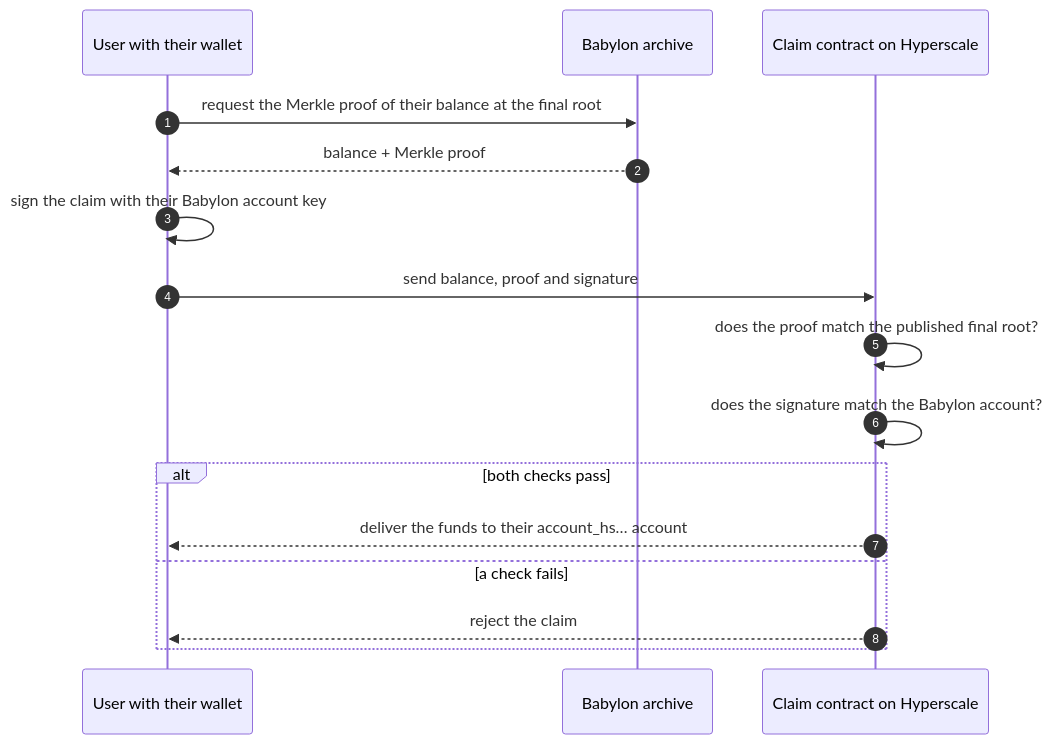
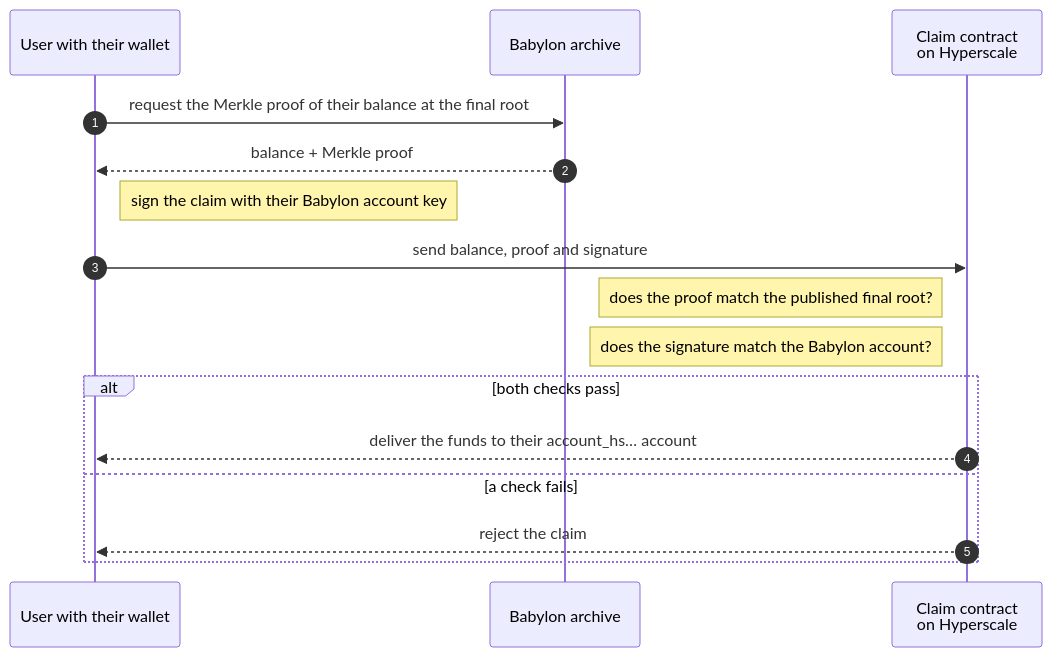
One commit to dazligth/radix-decentralization-roadmap changed the fifth of 5 diagrams in docs/en/11-hyperscale-evolution.md. Above: the diagram before and after it, drawn with Mermaid. The commit also changed other lines of this file and 9 other files, not shown here.

First line of the commit message:
Redesign diagrams for readability on GitHub

````diff
--- a/docs/en/11-hyperscale-evolution.md
+++ b/docs/en/11-hyperscale-evolution.md
@@ -193,18 +186,18 @@
 ```mermaid
 sequenceDiagram
     autonumber
     participant U as User with their wallet
     participant A as Babylon archive
-    participant C as Claim contract on Hyperscale
+    participant C as Claim contract<br/>on Hyperscale
     U->>A: request the Merkle proof of their balance at the final root
     A-->>U: balance + Merkle proof
-    U->>U: sign the claim with their Babylon account key
+    Note right of U: sign the claim with their Babylon account key
     U->>C: send balance, proof and signature
-    C->>C: does the proof match the published final root?
-    C->>C: does the signature match the Babylon account?
+    Note left of C: does the proof match the published final root?
+    Note left of C: does the signature match the Babylon account?
     alt both checks pass
         C-->>U: deliver the funds to their account_hs… account
     else a check fails
         C-->>U: reject the claim
     end
 ```
````
